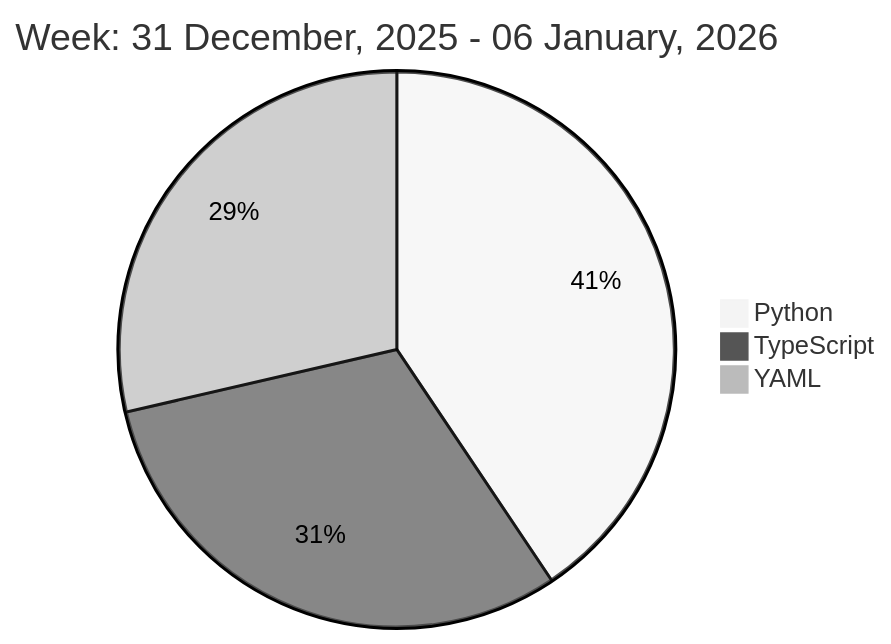
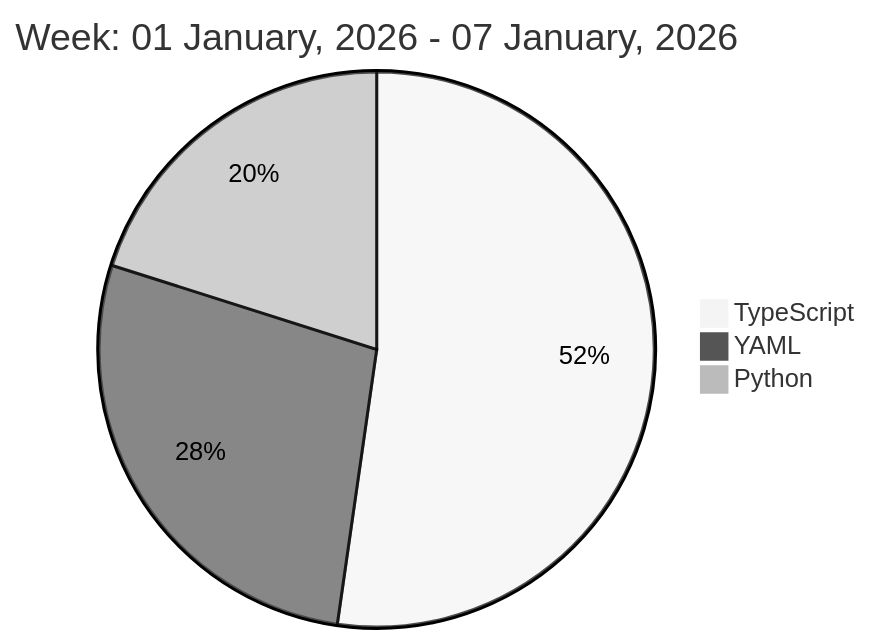
The diagram in README.md (liubin95/liubin95), drawn with Mermaid (neutral theme) before and after one commit.

Commit message:
Updated the Graph with new Metrics

````diff
--- a/README.md
+++ b/README.md
@@ -37,7 +37,7 @@
 ```mermaid
  pie
-title Week: 31 December, 2025 - 06 January, 2026
- "Python" : 3.93
- "TypeScript" : 2.98
- "YAML" : 2.77
+title Week: 01 January, 2026 - 07 January, 2026
+ "TypeScript" : 5.07
+ "YAML" : 2.68
+ "Python" : 1.95
 ```
````
